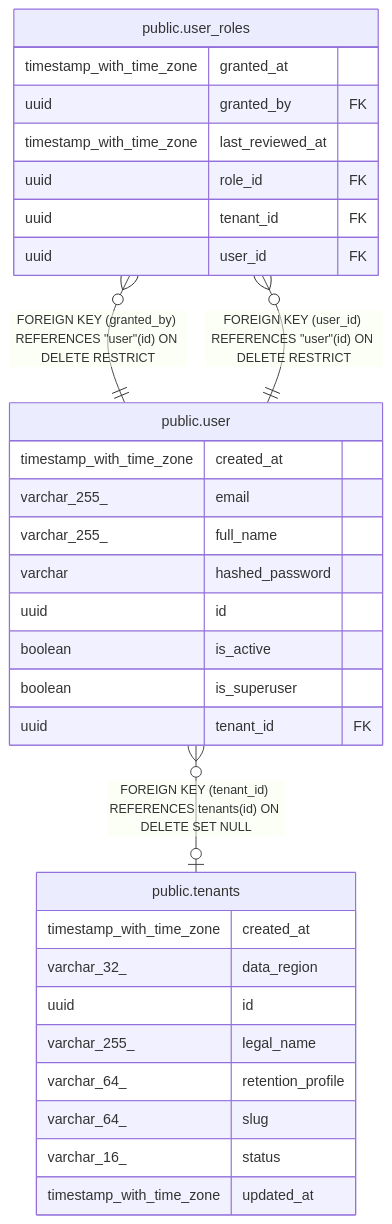
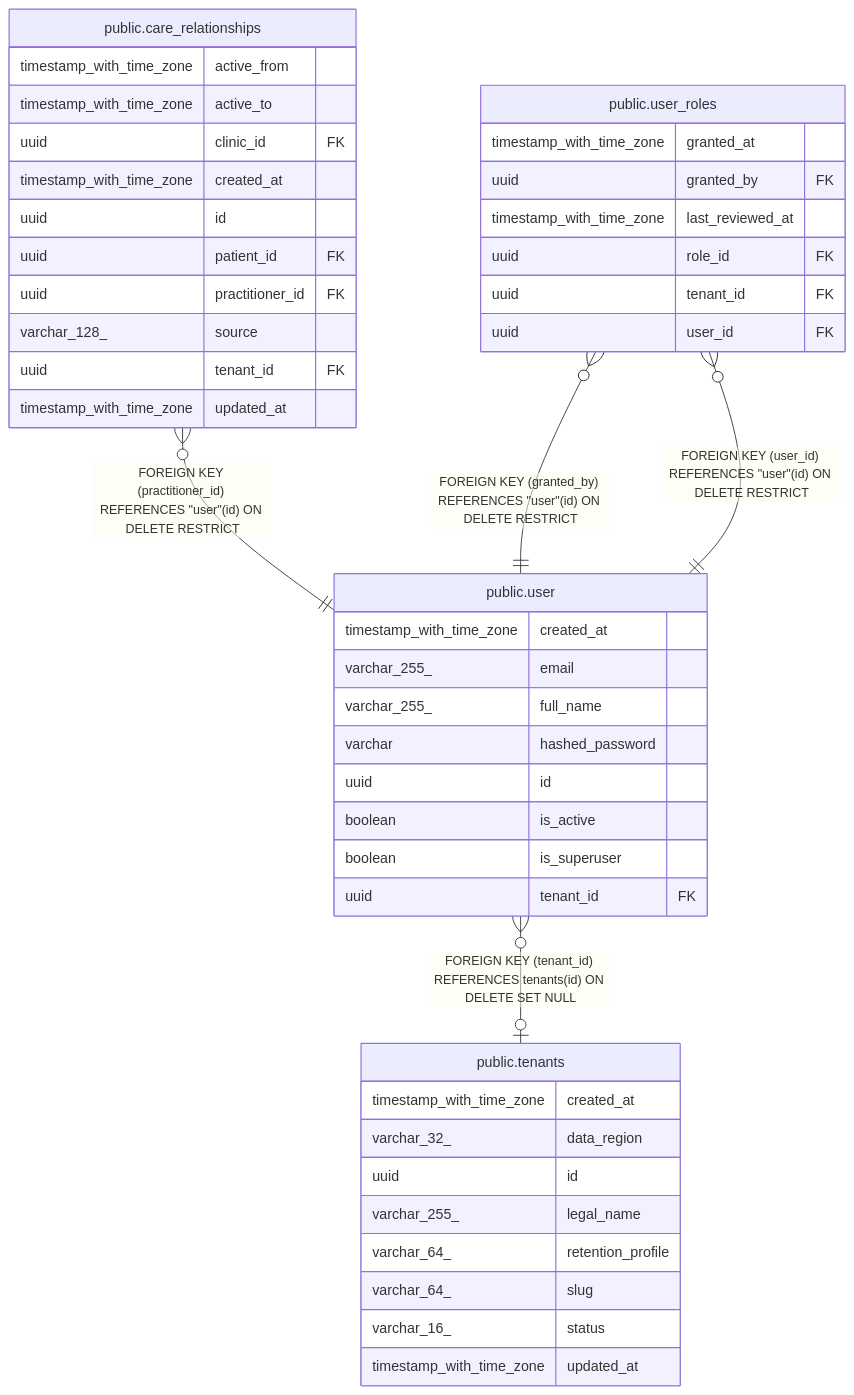
One commit to irajput215/clinic-os changed the diagram in docs/reference/schema/public.user.md. Above: the diagram before and after it, drawn with Mermaid. The commit also changed other lines of this file and 34 other files, not shown here.

First line of the commit message:
feat(tenancy): clinics table, tenants/current API and care relationships

````diff
--- a/docs/reference/schema/public.user.md
+++ b/docs/reference/schema/public.user.md
@@ -38,36 +38,49 @@
 ```mermaid
 erDiagram
 
+"public.care_relationships" }o--|| "public.user" : "FOREIGN KEY (practitioner_id) REFERENCES #quot;user#quot;(id) ON DELETE RESTRICT"
 "public.user_roles" }o--|| "public.user" : "FOREIGN KEY (granted_by) REFERENCES #quot;user#quot;(id) ON DELETE RESTRICT"
 "public.user_roles" }o--|| "public.user" : "FOREIGN KEY (user_id) REFERENCES #quot;user#quot;(id) ON DELETE RESTRICT"
 "public.user" }o--o| "public.tenants" : "FOREIGN KEY (tenant_id) REFERENCES tenants(id) ON DELETE SET NULL"
 
 "public.user" {
   timestamp_with_time_zone created_at
   varchar_255_ email
   varchar_255_ full_name
   varchar hashed_password
   uuid id
   boolean is_active
   boolean is_superuser
   uuid tenant_id FK
+}
+"public.care_relationships" {
+  timestamp_with_time_zone active_from
+  timestamp_with_time_zone active_to
+  uuid clinic_id FK
+  timestamp_with_time_zone created_at
+  uuid id
+  uuid patient_id FK
+  uuid practitioner_id FK
+  varchar_128_ source
+  uuid tenant_id FK
+  timestamp_with_time_zone updated_at
 }
 "public.user_roles" {
   timestamp_with_time_zone granted_at
   uuid granted_by FK
   timestamp_with_time_zone last_reviewed_at
   uuid role_id FK
   uuid tenant_id FK
   uuid user_id FK
 }
 "public.tenants" {
   timestamp_with_time_zone created_at
   varchar_32_ data_region
   uuid id
   varchar_255_ legal_name
   varchar_64_ retention_profile
   varchar_64_ slug
   varchar_16_ status
   timestamp_with_time_zone updated_at
 }
 ```
````
